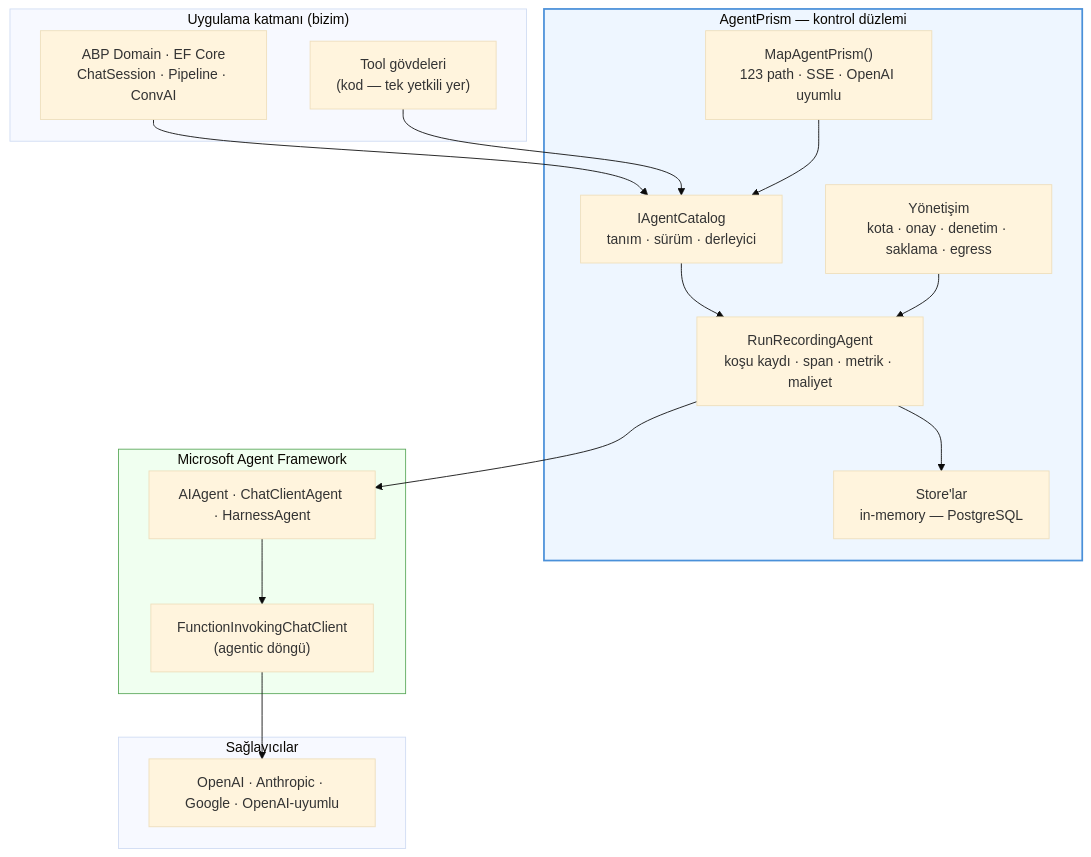
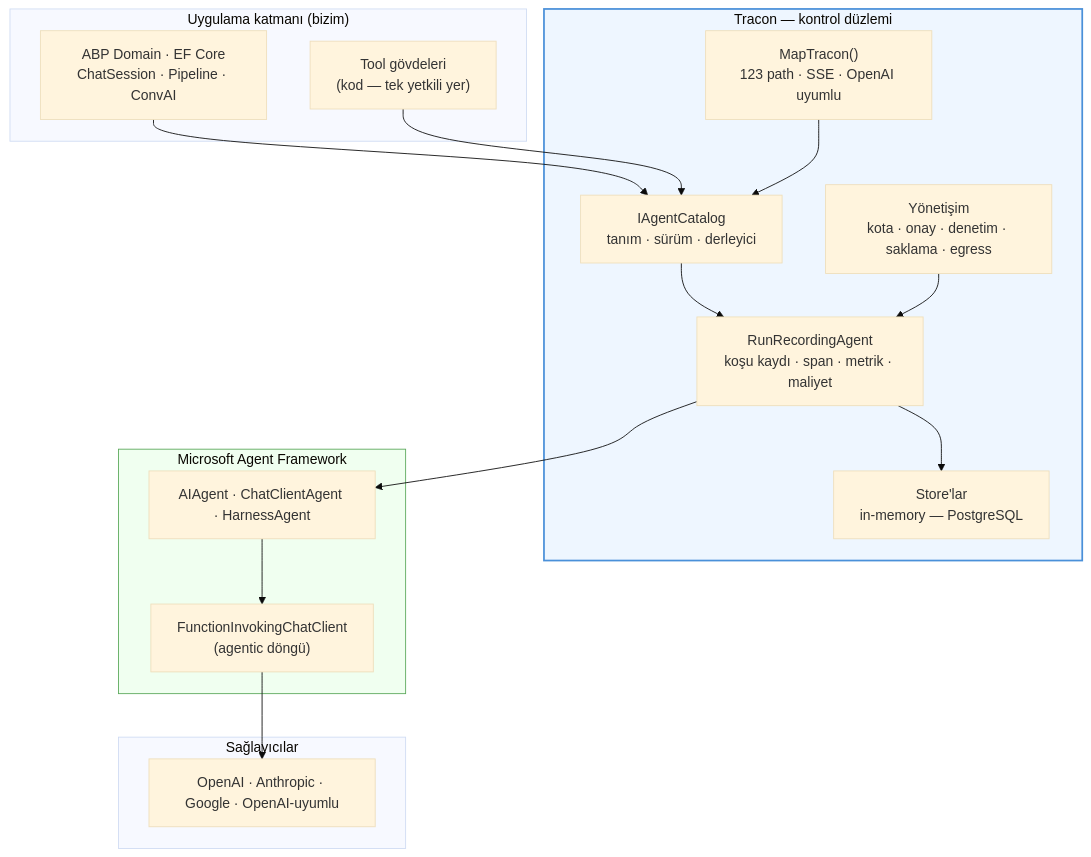
One commit to farukatasoy/Tracon changed the first of 6 diagrams in docs/arsiv/kesif/2026-08-21-uygulanabilirlik-raporu.md. Above: the diagram before and after it, drawn with Mermaid (base theme). The commit also changed other lines of this file and 4535 other files, not shown here.

````diff
--- a/docs/arsiv/kesif/2026-08-21-uygulanabilirlik-raporu.md
+++ b/docs/arsiv/kesif/2026-08-21-uygulanabilirlik-raporu.md
@@ -72,34 +72,34 @@
 ```mermaid
 graph TB
     subgraph app["Uygulama katmanı (bizim)"]
         DOM["ABP Domain · EF Core<br/>ChatSession · Pipeline · ConvAI"]
         TOOLS["Tool gövdeleri<br/>(kod — tek yetkili yer)"]
     end
 
-    subgraph ap["AgentPrism — kontrol düzlemi"]
+    subgraph ap["Tracon — kontrol düzlemi"]
         CAT["IAgentCatalog<br/>tanım · sürüm · derleyici"]
         REC["RunRecordingAgent<br/>koşu kaydı · span · metrik · maliyet"]
         GOV["Yönetişim<br/>kota · onay · denetim · saklama · egress"]
         STORE["Store'lar<br/>in-memory — PostgreSQL"]
-        HTTP["MapAgentPrism()<br/>123 path · SSE · OpenAI uyumlu"]
+        HTTP["MapTracon()<br/>123 path · SSE · OpenAI uyumlu"]
     end
 
     subgraph maf["Microsoft Agent Framework"]
         AGENT["AIAgent · ChatClientAgent · HarnessAgent"]
         FIC["FunctionInvokingChatClient<br/>(agentic döngü)"]
     end
 
     subgraph prov["Sağlayıcılar"]
         P["OpenAI · Anthropic · Google · OpenAI-uyumlu"]
     end
 
     DOM --> CAT
     TOOLS --> CAT
     CAT --> REC --> AGENT --> FIC --> P
     REC --> STORE
     GOV --> REC
     HTTP --> CAT
 
     style ap fill:#eef6ff,stroke:#4a90d9,stroke-width:2px
     style maf fill:#f0fff0,stroke:#5aa85a
 ```
````
